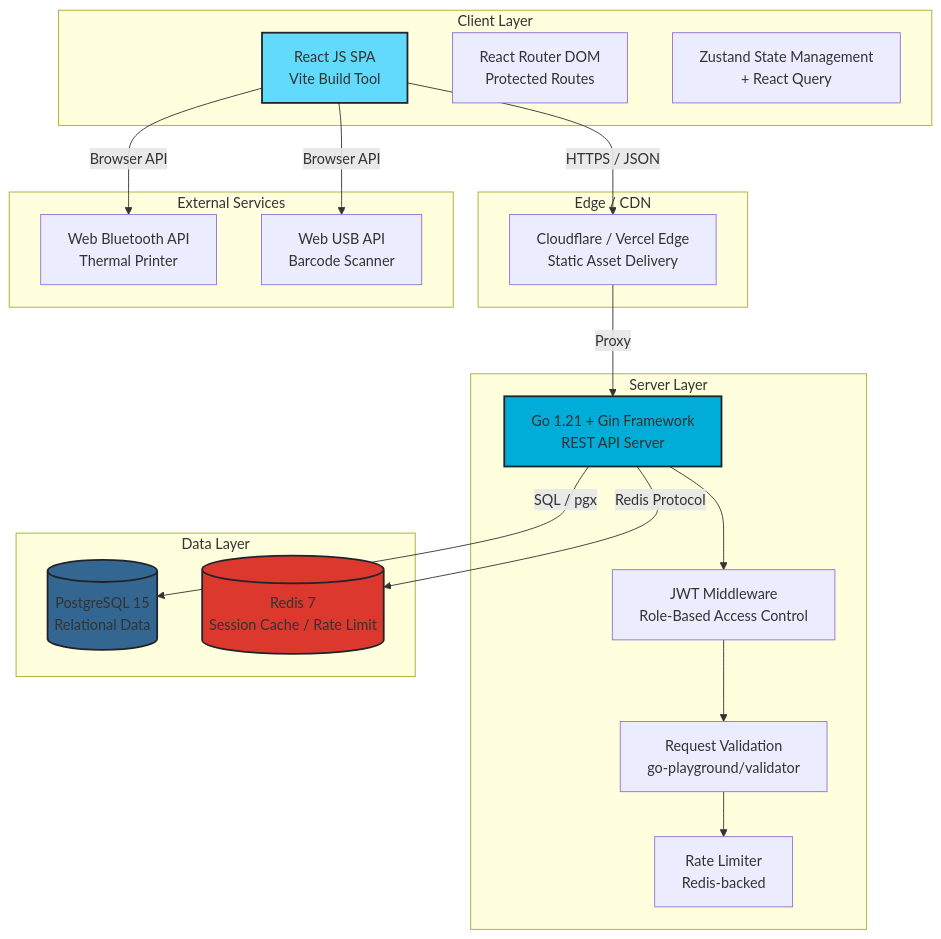
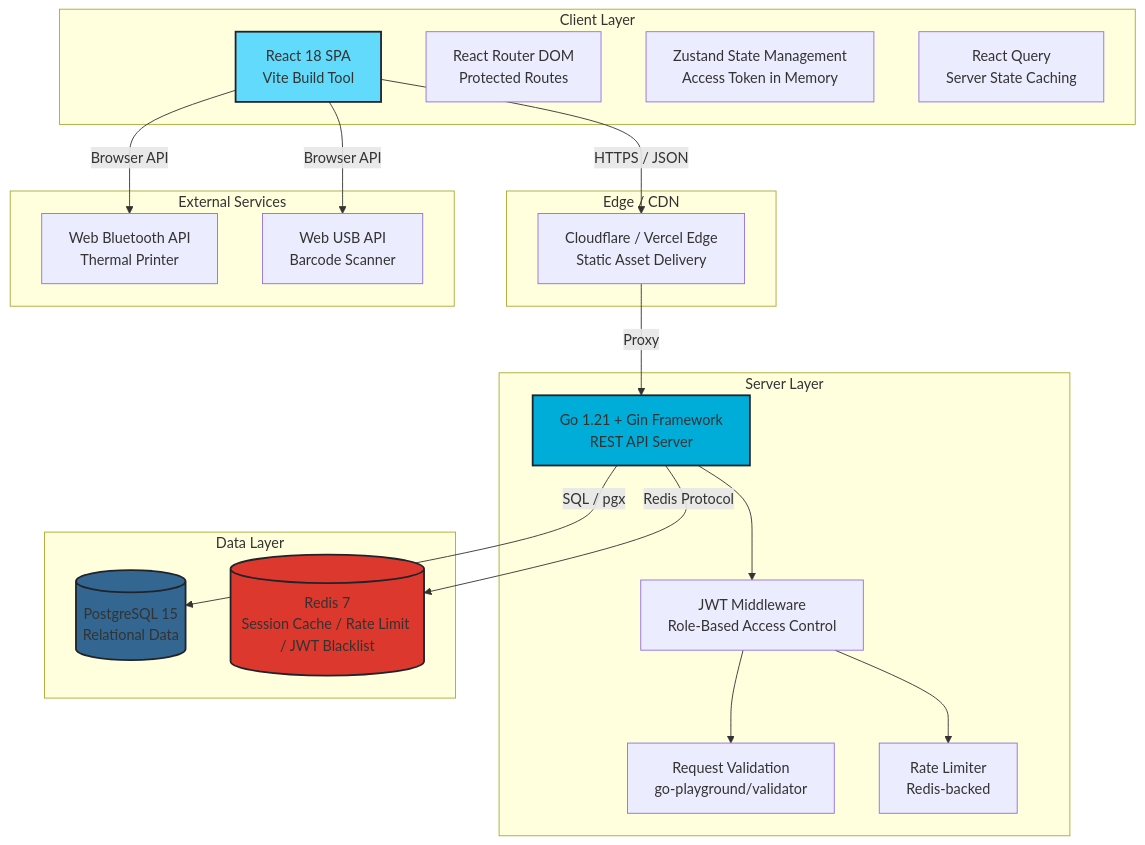
Before and after one commit to luthfi-indrawan/SmartCost: the first of 3 diagrams in docs/TECH_SPEC.md, drawn with Mermaid. The commit also changed other lines of this file and 11 other files, not shown here.

````diff
--- a/docs/TECH_SPEC.md
+++ b/docs/TECH_SPEC.md
@@ -11,44 +11,45 @@
 ```mermaid
 graph TB
     subgraph Client["Client Layer"]
-        A[React JS SPA<br/>Vite Build Tool]
+        A[React 18 SPA<br/>Vite Build Tool]
         B[React Router DOM<br/>Protected Routes]
-        C[Zustand State Management<br/>+ React Query]
+        C[Zustand State Management<br/>Access Token in Memory]
+        D[React Query<br/>Server State Caching]
     end
 
     subgraph Edge["Edge / CDN"]
-        D[Cloudflare / Vercel Edge<br/>Static Asset Delivery]
+        E[Cloudflare / Vercel Edge<br/>Static Asset Delivery]
     end
 
     subgraph Server["Server Layer"]
-        E[Go 1.21 + Gin Framework<br/>REST API Server]
-        F[JWT Middleware<br/>Role-Based Access Control]
-        G[Request Validation<br/>go-playground/validator]
-        H[Rate Limiter<br/>Redis-backed]
+        F[Go 1.21 + Gin Framework<br/>REST API Server]
+        G[JWT Middleware<br/>Role-Based Access Control]
+        H[Request Validation<br/>go-playground/validator]
+        I[Rate Limiter<br/>Redis-backed]
     end
 
     subgraph Data["Data Layer"]
-        I[(PostgreSQL 15<br/>Relational Data)]
-        J[(Redis 7<br/>Session Cache / Rate Limit)]
+        J[(PostgreSQL 15<br/>Relational Data)]
+        K[(Redis 7<br/>Session Cache / Rate Limit / JWT Blacklist)]
     end
 
     subgraph External["External Services"]
-        K[Web Bluetooth API<br/>Thermal Printer]
-        L[Web USB API<br/>Barcode Scanner]
+        L[Web Bluetooth API<br/>Thermal Printer]
+        M[Web USB API<br/>Barcode Scanner]
     end
 
-    A -->|HTTPS / JSON| D
-    D -->|Proxy| E
-    E --> F
+    A -->|HTTPS / JSON| E
+    E -->|Proxy| F
     F --> G
     G --> H
-    E -->|SQL / pgx| I
-    E -->|Redis Protocol| J
-    A -->|Browser API| K
+    G --> I
+    F -->|SQL / pgx| J
+    F -->|Redis Protocol| K
     A -->|Browser API| L
+    A -->|Browser API| M
 
     style A fill:#61dafb,stroke:#20232a,stroke-width:2px
-    style E fill:#00add8,stroke:#20232a,stroke-width:2px
-    style I fill:#336791,stroke:#20232a,stroke-width:2px
-    style J fill:#dc382d,stroke:#20232a,stroke-width:2px
+    style F fill:#00add8,stroke:#20232a,stroke-width:2px
+    style J fill:#336791,stroke:#20232a,stroke-width:2px
+    style K fill:#dc382d,stroke:#20232a,stroke-width:2px
 ```
````
